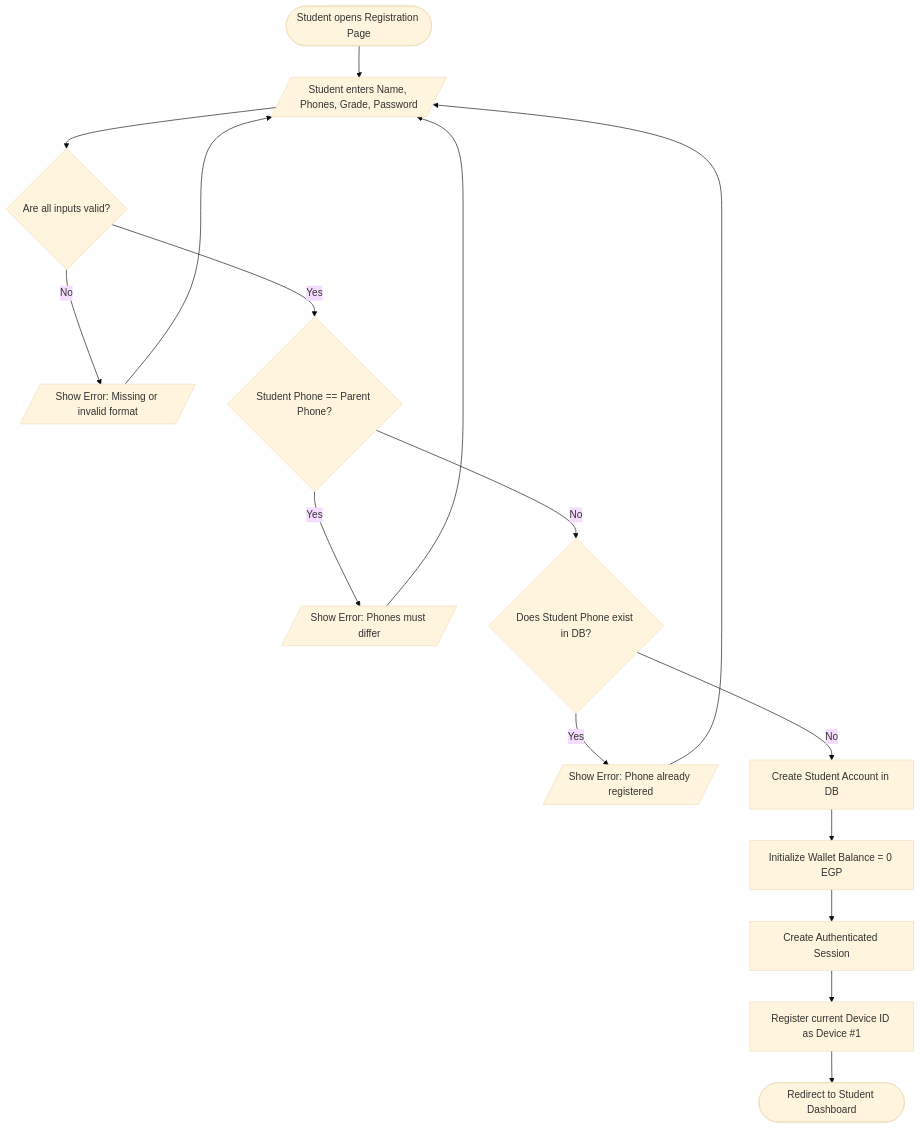
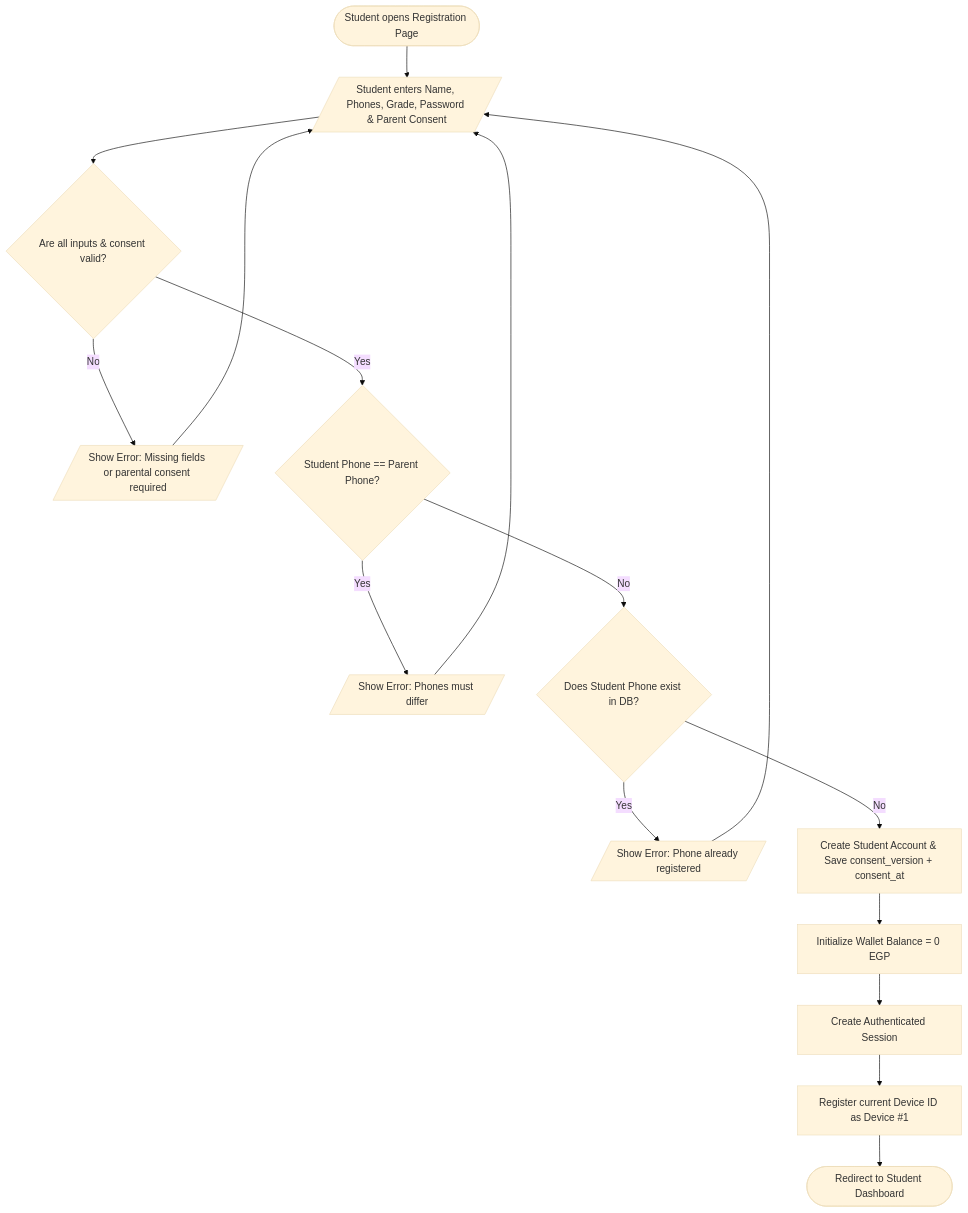
The first of 6 diagrams in MVP-5Weeks Sprint/Wireframes-&-Flow-Diagrams.md (salahudin09/Online-Class-Platform), drawn with Mermaid (base theme) before and after one commit.

````diff
--- a/MVP-5Weeks Sprint/Wireframes-&-Flow-Diagrams.md
+++ b/MVP-5Weeks Sprint/Wireframes-&-Flow-Diagrams.md
@@ -5,31 +5,18 @@
 ```mermaid
 flowchart TD
-    %% Start state using oval
     Start([Student opens Registration Page]) --> InputForm
-    
-    %% Input state using parallelogram 
-    InputForm[/Student enters Name, Phones, Grade, Password/] --> ValidateFormat{Are all inputs valid?}
-    
-    %% Validation 1: Format & Empty fields
-    ValidateFormat -- No --> FormatErr[/Show Error: Missing or invalid format/]
+    InputForm[/Student enters Name, Phones, Grade, Password & Parent Consent/] --> ValidateFormat{Are all inputs & consent valid?}
+    ValidateFormat -- No --> FormatErr[/Show Error: Missing fields or parental consent required/]
     FormatErr --> InputForm
-    
-    %% Validation 2: Logical check
     ValidateFormat -- Yes --> CheckMatch{Student Phone == Parent Phone?}
     CheckMatch -- Yes --> MatchErr[/Show Error: Phones must differ/]
     MatchErr --> InputForm
-    
-    %% Validation 3: Database check
     CheckMatch -- No --> CheckDB{Does Student Phone exist in DB?}
     CheckDB -- Yes --> ExistErr[/Show Error: Phone already registered/]
     ExistErr --> InputForm
-    
-    %% Backend Processes using rectangles
-    CheckDB -- No --> CreateAcc[Create Student Account in DB]
+    CheckDB -- No --> CreateAcc[Create Student Account & Save consent_version + consent_at]
     CreateAcc --> InitWallet[Initialize Wallet Balance = 0 EGP]
     InitWallet --> InitSession[Create Authenticated Session]
     InitSession --> RegDevice[Register current Device ID as Device #1]
-    
-    %% End state using oval
     RegDevice --> Redirect([Redirect to Student Dashboard])
 ```
````
